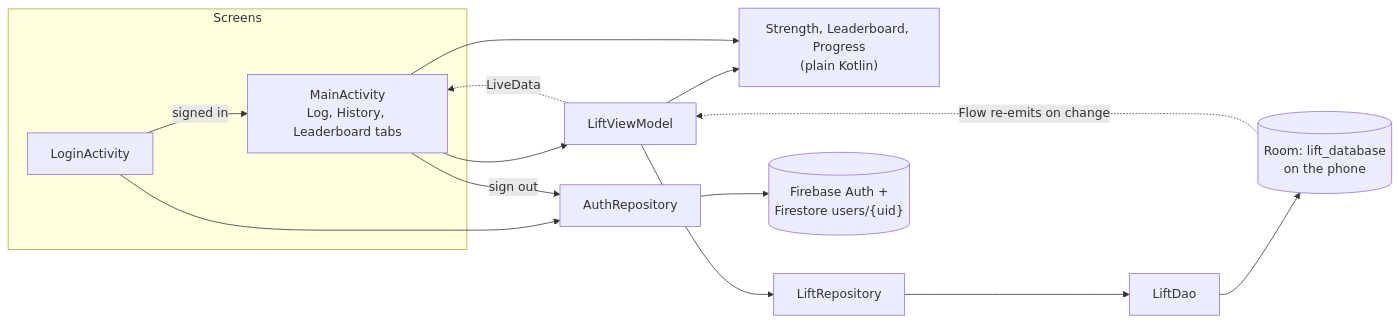
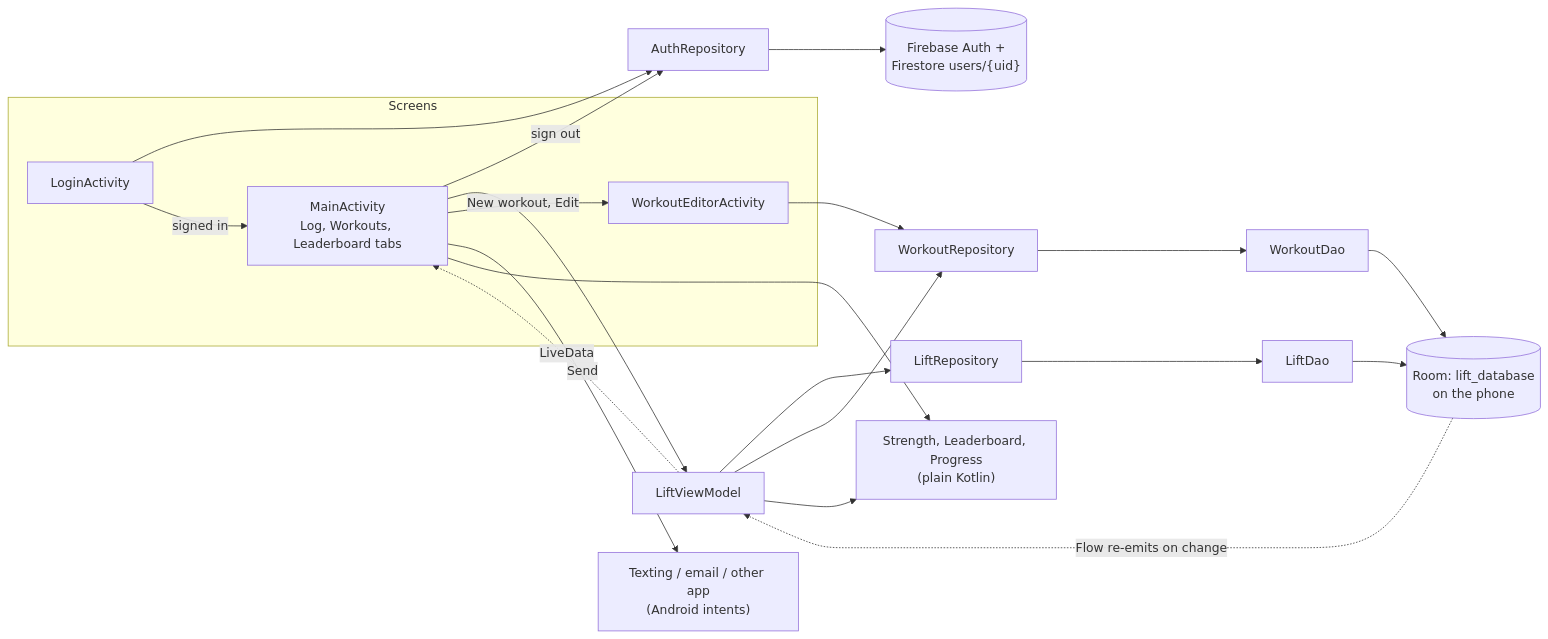
One commit to 423F26/project4 changed the diagram in docs/developer.md. Above: the diagram before and after it, drawn with Mermaid. The commit also changed other lines of this file and 35 other files, not shown here.

Commit message:
Changed the history tab for a workouts tab with send functionality

````diff
--- a/docs/developer.md
+++ b/docs/developer.md
@@ -233,27 +241,37 @@
 ```mermaid
 flowchart LR
     subgraph Screens
         LA["LoginActivity"]
-        MA["MainActivity<br/>Log, History, Leaderboard tabs"]
+        MA["MainActivity<br/>Log, Workouts, Leaderboard tabs"]
+        WE["WorkoutEditorActivity"]
     end
     AR["AuthRepository"]
     VM["LiftViewModel"]
     LOGIC["Strength, Leaderboard, Progress<br/>(plain Kotlin)"]
     LR["LiftRepository"]
     DAO["LiftDao"]
+    WR["WorkoutRepository"]
+    WDAO["WorkoutDao"]
+    APPS["Texting / email / other app<br/>(Android intents)"]
     ROOM[("Room: lift_database<br/>on the phone")]
     FB[("Firebase Auth +<br/>Firestore users/{uid}")]
 
     LA --> AR
     MA -->|sign out| AR
     AR --> FB
     LA -->|signed in| MA
     MA --> VM
     VM --> LR
     LR --> DAO
     DAO --> ROOM
+    VM --> WR
+    MA -->|New workout, Edit| WE
+    WE --> WR
+    WR --> WDAO
+    WDAO --> ROOM
+    MA -->|Send| APPS
     ROOM -.->|Flow re-emits on change| VM
     VM -.->|LiveData| MA
     VM --> LOGIC
     MA --> LOGIC
 ```
````
